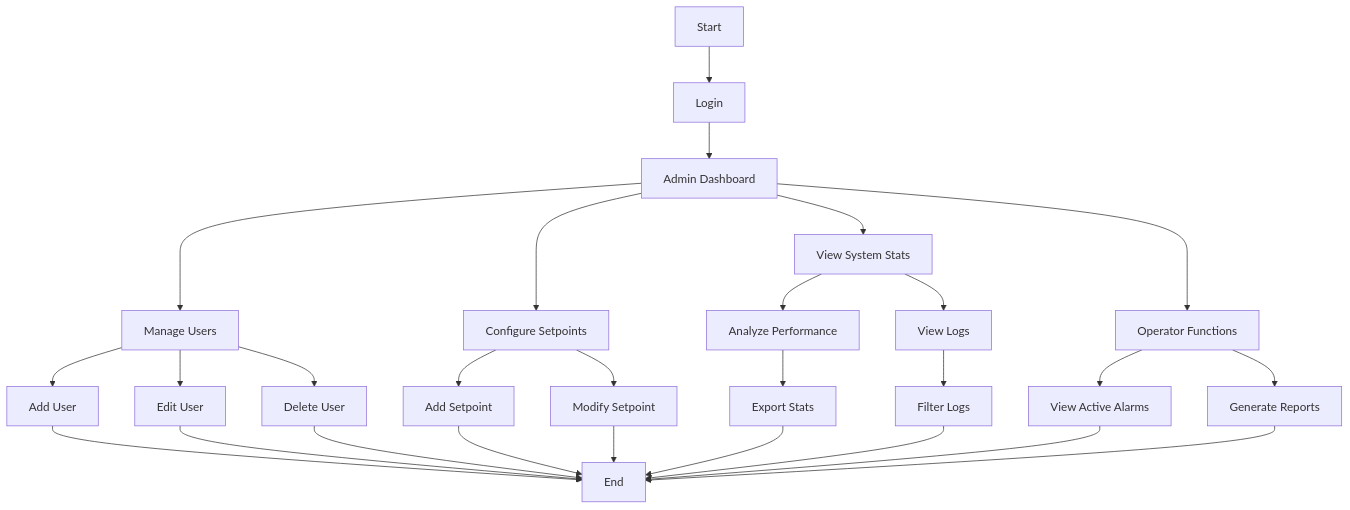
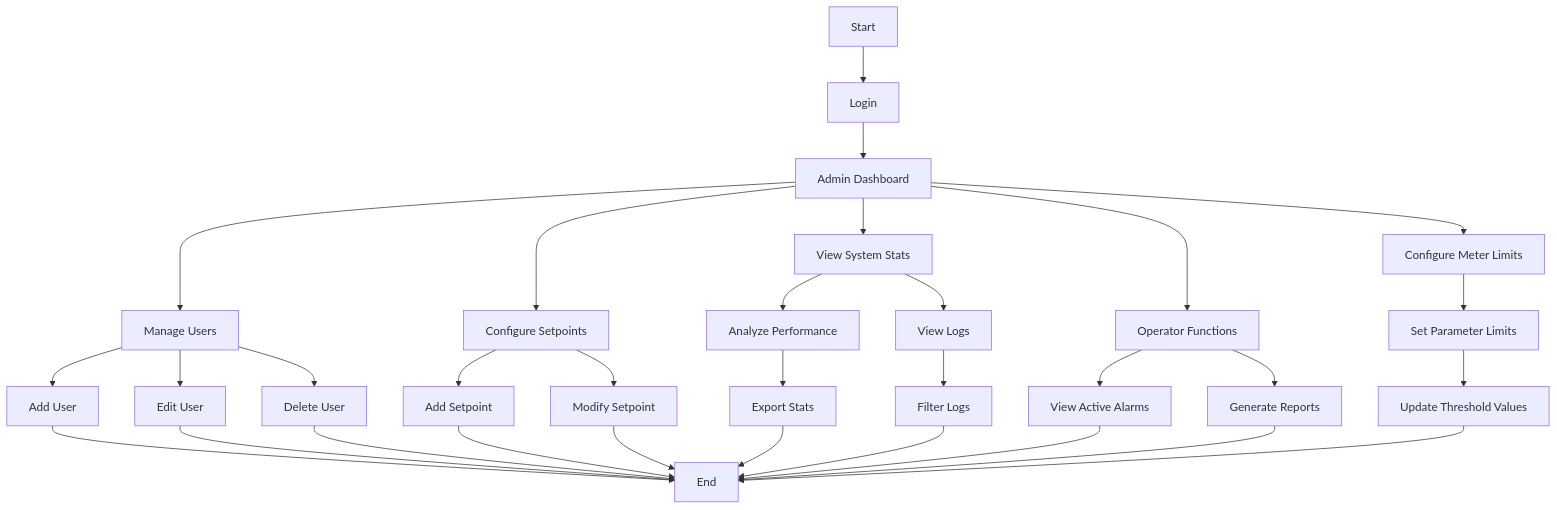
Before and after one commit to CHIRANJEEVICHETAN/Eagle-Notifier: the seventh of 8 diagrams in README.md, drawn with Mermaid. The commit also changed other lines of this file and 2 other files, not shown here.

````diff
--- a/README.md
+++ b/README.md
@@ -395,33 +496,38 @@
 ```mermaid
 flowchart TD
     A[Start] --> B[Login]
     B --> C[Admin Dashboard]
     C --> D[Manage Users]
     C --> E[Configure Setpoints]
     C --> F[View System Stats]
     C --> G[Operator Functions]
+    C --> X[Configure Meter Limits]
     
     D --> H[Add User]
     D --> I[Edit User]
     D --> J[Delete User]
     H --> K[End]
     I --> K
     J --> K
     
     E --> L[Add Setpoint]
     E --> M[Modify Setpoint]
     L --> K
     M --> K
     
     F --> N[Analyze Performance]
     F --> P[View Logs]
     N --> Q[Export Stats]
     Q --> K
     P --> R[Filter Logs]
     R --> K
     
     G --> S[View Active Alarms]
     G --> T[Generate Reports]
     S --> K
     T --> K
+    
+    X --> Y[Set Parameter Limits]
+    Y --> Z[Update Threshold Values]
+    Z --> K
 ```
````
